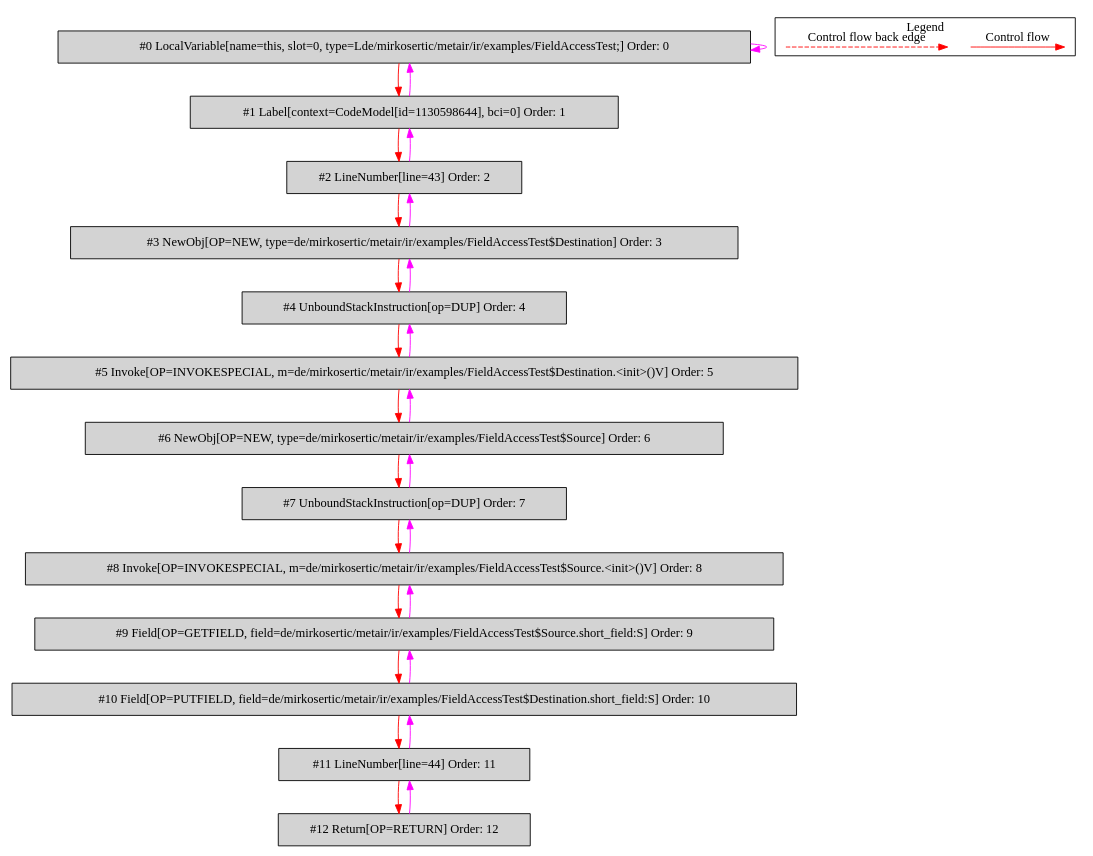
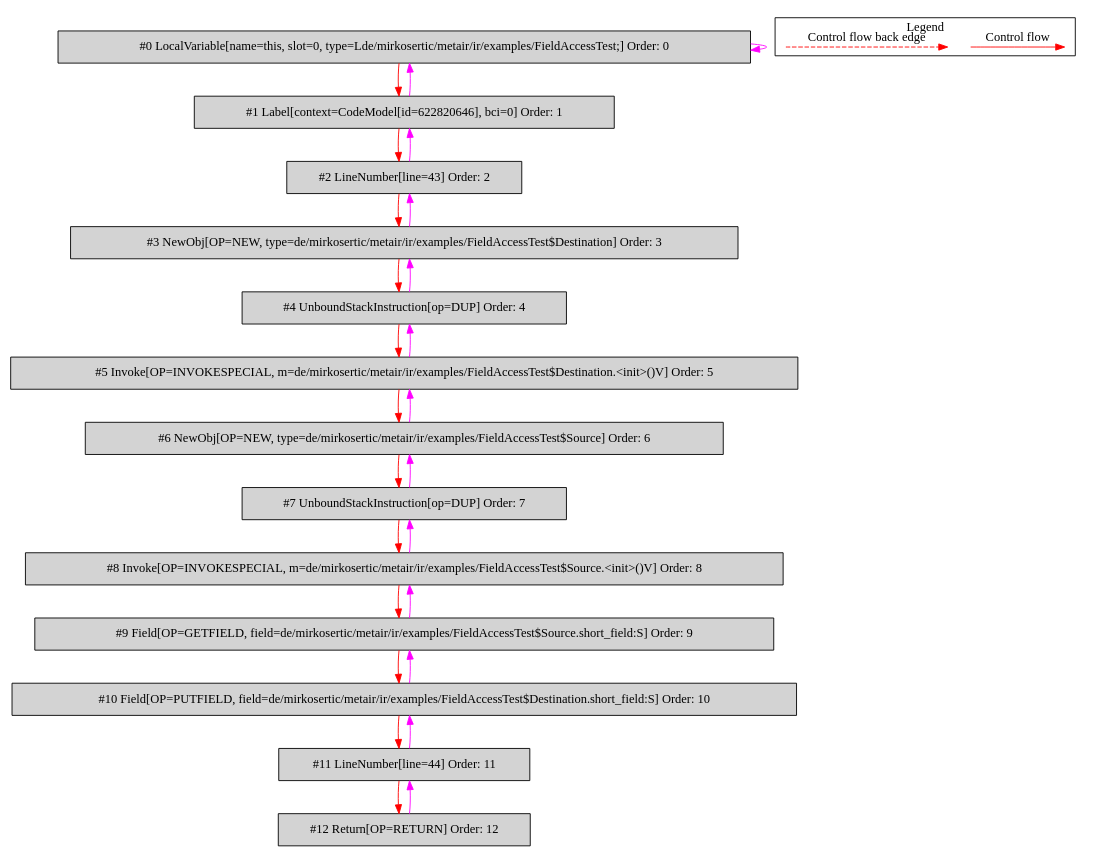
One commit to mirkosertic/MetaIR changed the diagram in de.mirkosertic.metair.ir.examples.FieldAccessTest/copy_short/bytecodecfg.dot. Above: the diagram before and after it, drawn with Graphviz. The commit also changed 508 other files, not shown here.

```diff
--- a/de.mirkosertic.metair.ir.examples.FieldAccessTest/copy_short/bytecodecfg.dot
+++ b/de.mirkosertic.metair.ir.examples.FieldAccessTest/copy_short/bytecodecfg.dot
@@ -1,55 +1,55 @@
 digraph {
  ordering="in";
  node0[label="#0 LocalVariable[name=this, slot=0, type=Lde/mirkosertic/metair/ir/examples/FieldAccessTest;] Order: 0", shape=box, fillcolor=lightgrey, style=filled];
- node1[label="#1 Label[context=CodeModel[id=1130598644], bci=0] Order: 1", shape=box, fillcolor=lightgrey, style=filled];
+ node1[label="#1 Label[context=CodeModel[id=622820646], bci=0] Order: 1", shape=box, fillcolor=lightgrey, style=filled];
  node2[label="#2 LineNumber[line=43] Order: 2", shape=box, fillcolor=lightgrey, style=filled];
  node3[label="#3 NewObj[OP=NEW, type=de/mirkosertic/metair/ir/examples/FieldAccessTest$Destination] Order: 3", shape=box, fillcolor=lightgrey, style=filled];
  node4[label="#4 UnboundStackInstruction[op=DUP] Order: 4", shape=box, fillcolor=lightgrey, style=filled];
  node5[label="#5 Invoke[OP=INVOKESPECIAL, m=de/mirkosertic/metair/ir/examples/FieldAccessTest$Destination.<init>()V] Order: 5", shape=box, fillcolor=lightgrey, style=filled];
  node6[label="#6 NewObj[OP=NEW, type=de/mirkosertic/metair/ir/examples/FieldAccessTest$Source] Order: 6", shape=box, fillcolor=lightgrey, style=filled];
  node7[label="#7 UnboundStackInstruction[op=DUP] Order: 7", shape=box, fillcolor=lightgrey, style=filled];
  node8[label="#8 Invoke[OP=INVOKESPECIAL, m=de/mirkosertic/metair/ir/examples/FieldAccessTest$Source.<init>()V] Order: 8", shape=box, fillcolor=lightgrey, style=filled];
  node9[label="#9 Field[OP=GETFIELD, field=de/mirkosertic/metair/ir/examples/FieldAccessTest$Source.short_field:S] Order: 9", shape=box, fillcolor=lightgrey, style=filled];
  node10[label="#10 Field[OP=PUTFIELD, field=de/mirkosertic/metair/ir/examples/FieldAccessTest$Destination.short_field:S] Order: 10", shape=box, fillcolor=lightgrey, style=filled];
  node11[label="#11 LineNumber[line=44] Order: 11", shape=box, fillcolor=lightgrey, style=filled];
  node12[label="#12 Return[OP=RETURN] Order: 12", shape=box, fillcolor=lightgrey, style=filled];
  node0 -> node0[color=fuchsia];
  node0 -> node1[color=red];
  node1 -> node0[color=fuchsia];
  node1 -> node2[color=red];
  node2 -> node1[color=fuchsia];
  node2 -> node3[color=red];
  node3 -> node2[color=fuchsia];
  node3 -> node4[color=red];
  node4 -> node3[color=fuchsia];
  node4 -> node5[color=red];
  node5 -> node4[color=fuchsia];
  node5 -> node6[color=red];
  node6 -> node5[color=fuchsia];
  node6 -> node7[color=red];
  node7 -> node6[color=fuchsia];
  node7 -> node8[color=red];
  node8 -> node7[color=fuchsia];
  node8 -> node9[color=red];
  node9 -> node8[color=fuchsia];
  node9 -> node10[color=red];
  node10 -> node9[color=fuchsia];
  node10 -> node11[color=red];
  node11 -> node10[color=fuchsia];
  node11 -> node12[color=red];
  node12 -> node11[color=fuchsia];
  subgraph cluster_000 {
   label = "Legend";
   node [shape=point]
   {
    rank=same;
    c0 [style = invis];
    c1 [style = invis];
    c2 [style = invis];
    c3 [style = invis];
   }
   c0 -> c1 [label="Control flow", style=solid, color=red]
   c2 -> c3 [label="Control flow back edge", style=dashed, color=red]
  }
 
 }
```
